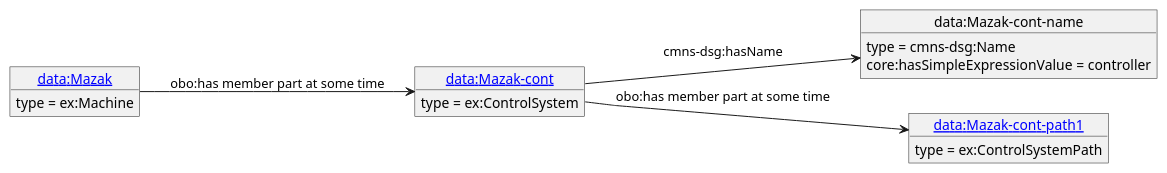
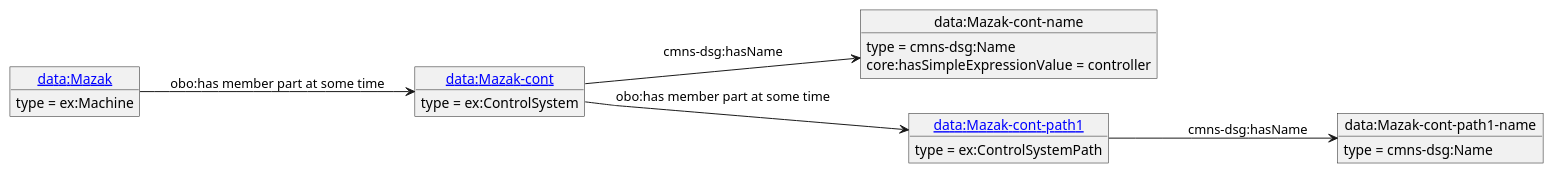
Before and after one commit to iofoundry/example-syseng-mtconnect: the diagram in diagrams/Mazak-cont.puml, drawn with PlantUML. The commit also changed 162 other files, not shown here.

```diff
--- a/diagrams/Mazak-cont.puml
+++ b/diagrams/Mazak-cont.puml
@@ -1,20 +1,24 @@
 @startuml
 skinparam linetype polyline
 left to right direction
 object "[[./Mazak-cont.html data:Mazak-cont]]" as o1 {
  type = ex:ControlSystem
  }
 object "data:Mazak-cont-name" as o2 {
  type = cmns-dsg:Name
  }
 object "[[./Mazak-cont-path1.html data:Mazak-cont-path1]]" as o3 {
  type = ex:ControlSystemPath
  }
-object "[[./Mazak.html data:Mazak]]" as o4 {
+object "data:Mazak-cont-path1-name" as o4 {
+ type = cmns-dsg:Name
+ }
+object "[[./Mazak.html data:Mazak]]" as o5 {
  type = ex:Machine
  }
 o1 --> o2 : cmns-dsg:hasName
 o2 : core:hasSimpleExpressionValue = controller
 o1 --> o3 : obo:has member part at some time
-o4 --> o1 : obo:has member part at some time
+o3 --> o4 : cmns-dsg:hasName
+o5 --> o1 : obo:has member part at some time
 @enduml
```
